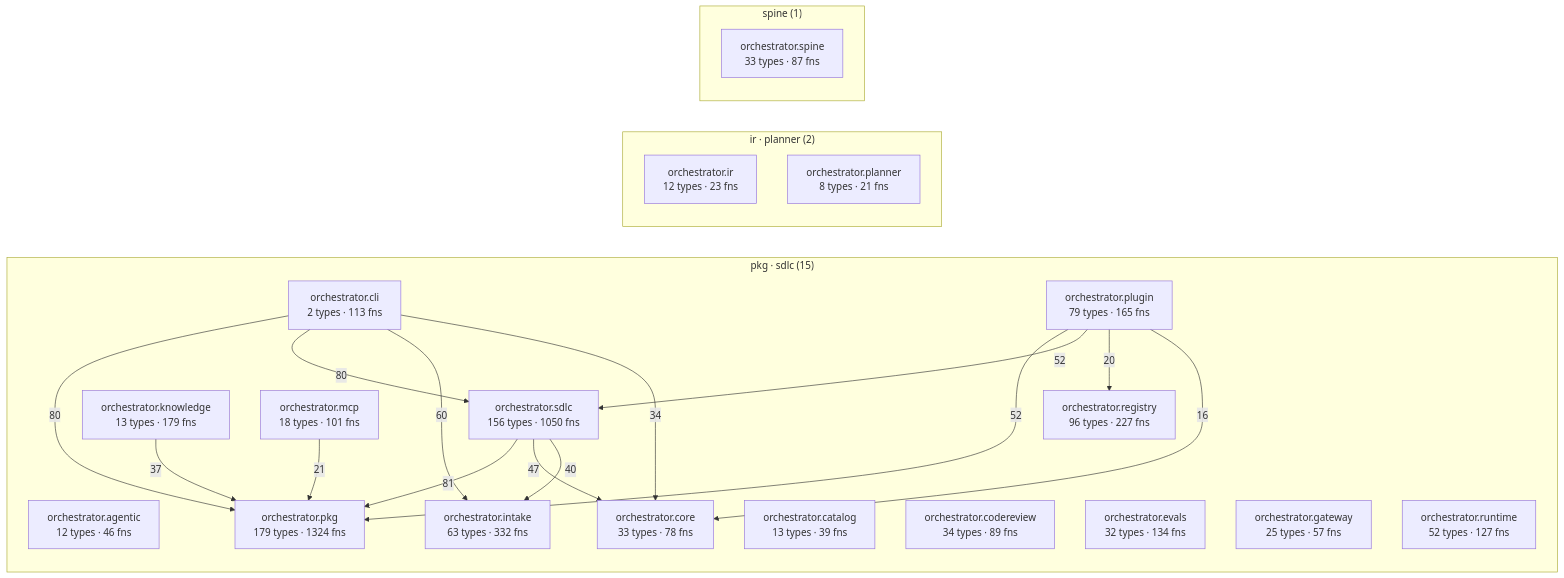
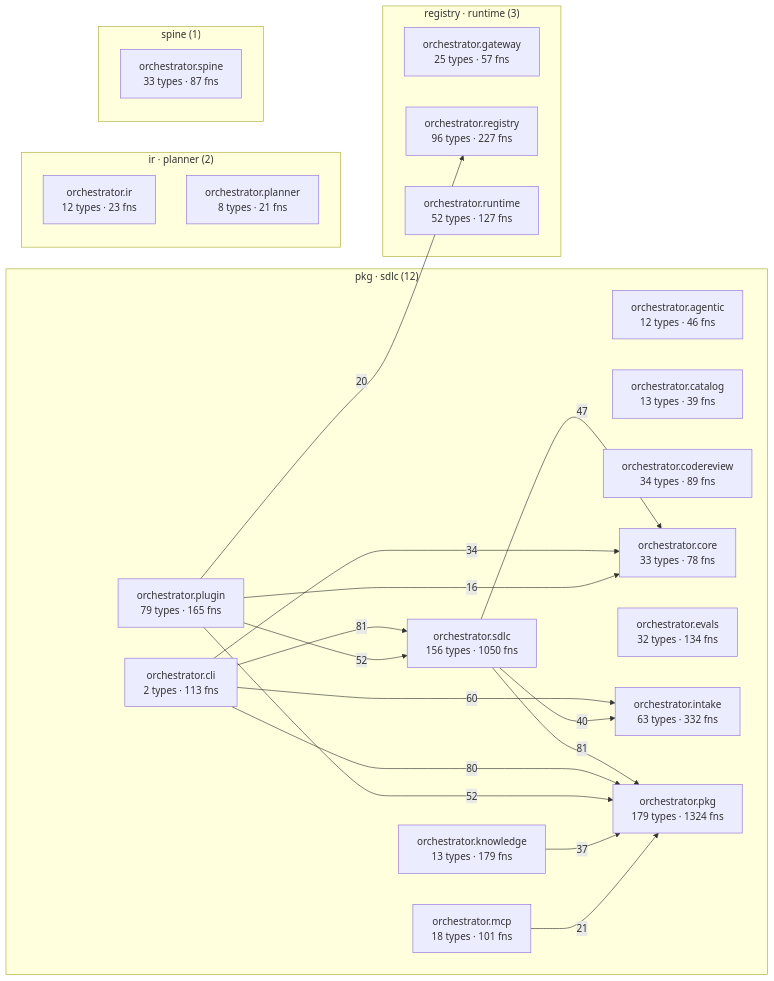
Before and after one commit to synaptixs/spine: the diagram in episteme/architecture.md, drawn with Mermaid. The commit also changed other lines of this file and 10 other files, not shown here.

````diff
--- a/episteme/architecture.md
+++ b/episteme/architecture.md
@@ -56,40 +56,42 @@
 ```mermaid
 flowchart LR
-  subgraph c_2["pkg · sdlc (15)"]
+  subgraph c_2["pkg · sdlc (12)"]
     aorchestratoragentic["orchestrator.agentic<br/>12 types · 46 fns"]
     aorchestratorcatalog["orchestrator.catalog<br/>13 types · 39 fns"]
     aorchestratorcli["orchestrator.cli<br/>2 types · 113 fns"]
     aorchestratorcodereview["orchestrator.codereview<br/>34 types · 89 fns"]
     aorchestratorcore["orchestrator.core<br/>33 types · 78 fns"]
     aorchestratorevals["orchestrator.evals<br/>32 types · 134 fns"]
-    aorchestratorgateway["orchestrator.gateway<br/>25 types · 57 fns"]
     aorchestratorintake["orchestrator.intake<br/>63 types · 332 fns"]
     aorchestratorknowledge["orchestrator.knowledge<br/>13 types · 179 fns"]
     aorchestratormcp["orchestrator.mcp<br/>18 types · 101 fns"]
     aorchestratorpkg["orchestrator.pkg<br/>179 types · 1324 fns"]
     aorchestratorplugin["orchestrator.plugin<br/>79 types · 165 fns"]
+    aorchestratorsdlc["orchestrator.sdlc<br/>156 types · 1050 fns"]
+  end
+  subgraph c_5["registry · runtime (3)"]
+    aorchestratorgateway["orchestrator.gateway<br/>25 types · 57 fns"]
     aorchestratorregistry["orchestrator.registry<br/>96 types · 227 fns"]
     aorchestratorruntime["orchestrator.runtime<br/>52 types · 127 fns"]
-    aorchestratorsdlc["orchestrator.sdlc<br/>156 types · 1050 fns"]
   end
-  subgraph c_5["ir · planner (2)"]
+  subgraph c_7["ir · planner (2)"]
     aorchestratorir["orchestrator.ir<br/>12 types · 23 fns"]
     aorchestratorplanner["orchestrator.planner<br/>8 types · 21 fns"]
   end
-  subgraph c_10["spine (1)"]
+  subgraph c_12["spine (1)"]
     aorchestratorspine["orchestrator.spine<br/>33 types · 87 fns"]
   end
+  aorchestratorcli -->|81| aorchestratorsdlc
   aorchestratorsdlc -->|81| aorchestratorpkg
   aorchestratorcli -->|80| aorchestratorpkg
-  aorchestratorcli -->|80| aorchestratorsdlc
   aorchestratorcli -->|60| aorchestratorintake
   aorchestratorplugin -->|52| aorchestratorpkg
   aorchestratorplugin -->|52| aorchestratorsdlc
   aorchestratorsdlc -->|47| aorchestratorcore
   aorchestratorsdlc -->|40| aorchestratorintake
   aorchestratorknowledge -->|37| aorchestratorpkg
   aorchestratorcli -->|34| aorchestratorcore
   aorchestratormcp -->|21| aorchestratorpkg
   aorchestratorplugin -->|20| aorchestratorregistry
   aorchestratorplugin -->|16| aorchestratorcore
 ```
````
